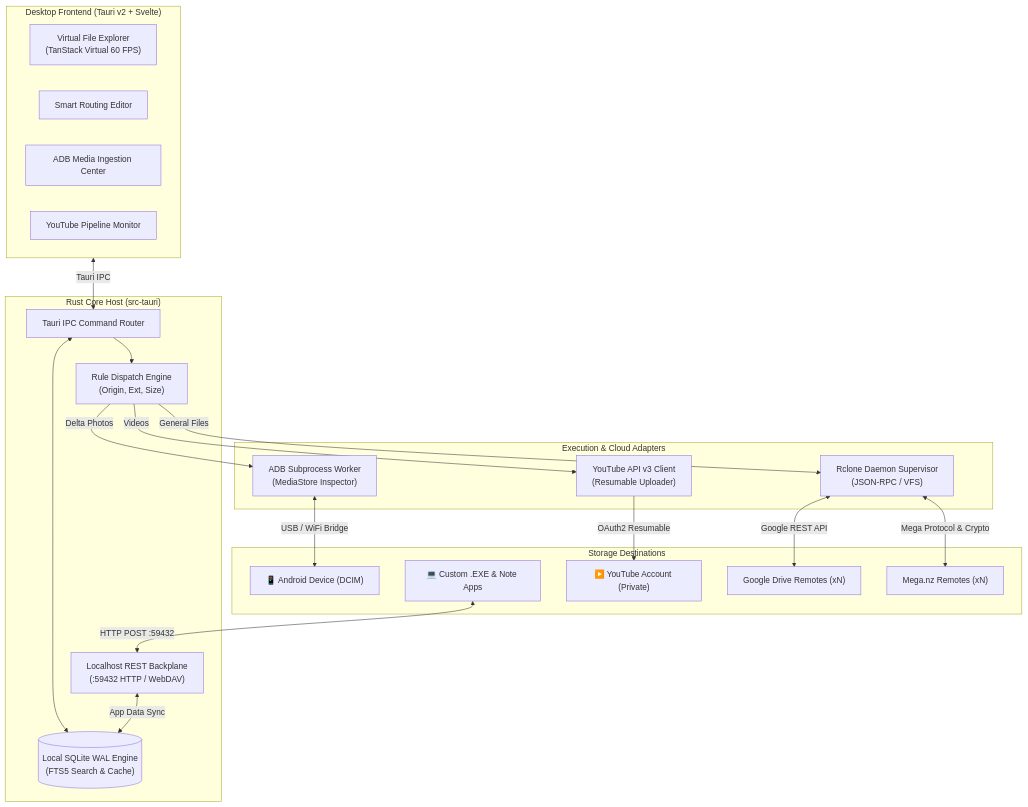
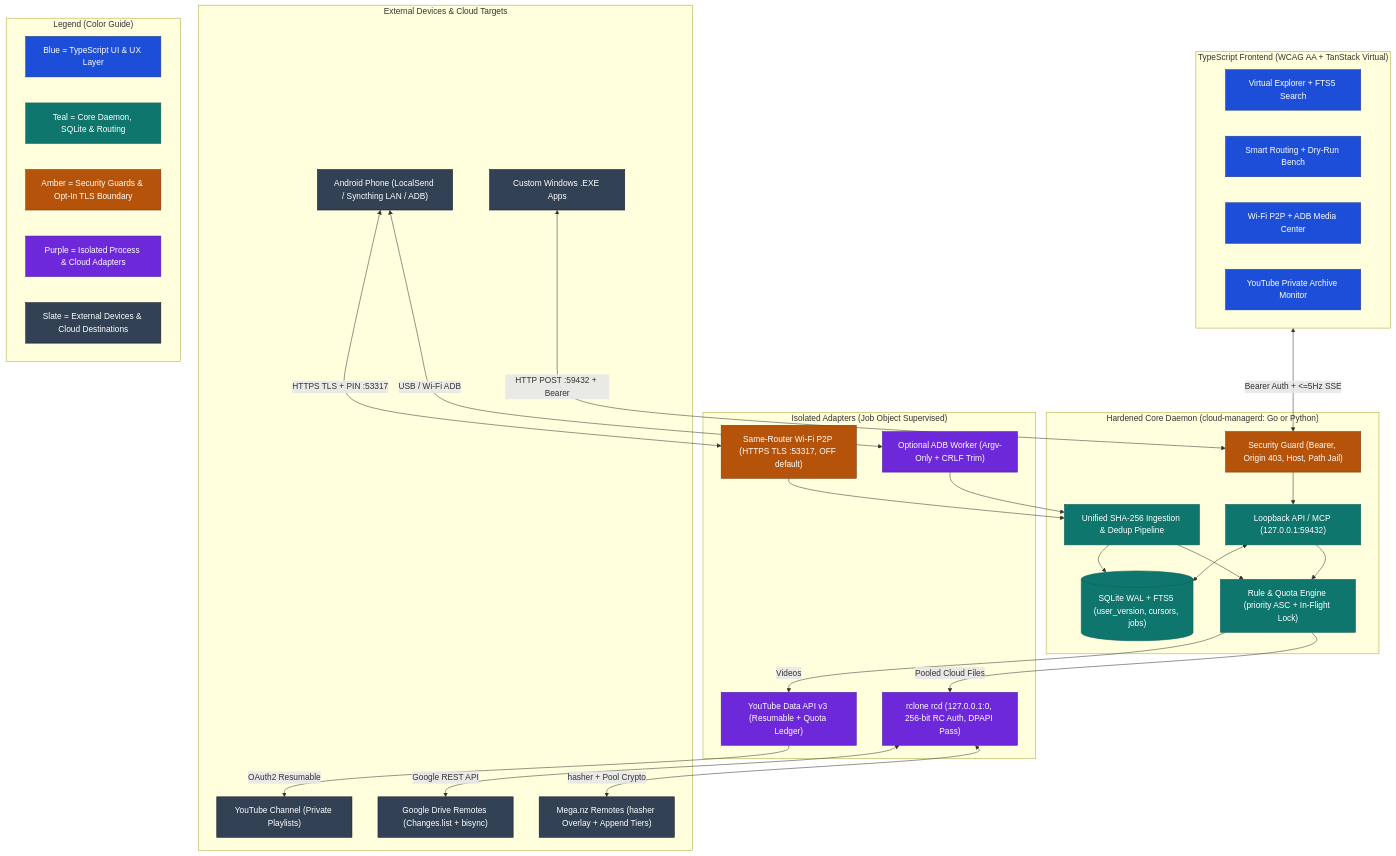
One commit to Mostakim2005/cloud-manager changed the first of 3 diagrams in docs/ARCHITECTURE.md. Above: the diagram before and after it, drawn with Mermaid. The commit also changed other lines of this file and 6 other files, not shown here.

Commit message:
docs: harden blueprint security, add Wi-Fi+ADB sync, drop Rust/relics

````diff
--- a/docs/ARCHITECTURE.md
+++ b/docs/ARCHITECTURE.md
@@ -6,45 +6,65 @@
 ```mermaid
 flowchart TB
-    subgraph UI["Desktop Frontend (Tauri v2 + Svelte)"]
-        EXP["Virtual File Explorer\n(TanStack Virtual 60 FPS)"]
-        RULES_UI["Smart Routing Editor"]
-        PHONE_UI["ADB Media Ingestion Center"]
-        YT_UI["YouTube Pipeline Monitor"]
+    classDef uiNode fill:#1d4ed8,stroke:#1e3a8a,color:#ffffff
+    classDef coreNode fill:#0f766e,stroke:#115e59,color:#ffffff
+    classDef secNode fill:#b45309,stroke:#78350f,color:#ffffff
+    classDef adapterNode fill:#6d28d9,stroke:#4c1d95,color:#ffffff
+    classDef targetNode fill:#334155,stroke:#0f172a,color:#ffffff
+
+    subgraph UI["TypeScript Frontend (WCAG AA + TanStack Virtual)"]
+        EXP["Virtual Explorer + FTS5 Search"]:::uiNode
+        RULES_UI["Smart Routing + Dry-Run Bench"]:::uiNode
+        MEDIA_UI["Wi-Fi P2P + ADB Media Center"]:::uiNode
+        YT_UI["YouTube Private Archive Monitor"]:::uiNode
     end
 
-    subgraph Core["Rust Core Host (src-tauri)"]
-        IPC["Tauri IPC Command Router"]
-        SQL[("Local SQLite WAL Engine\n(FTS5 Search & Cache)")]
-        RULE_ENG["Rule Dispatch Engine\n(Origin, Ext, Size)"]
-        BACKPLANE["Localhost REST Backplane\n(:59432 HTTP / WebDAV)"]
+    subgraph Core["Hardened Core Daemon (cloud-managerd: Go or Python)"]
+        AUTH["Security Guard (Bearer, Origin 403, Host, Path Jail)"]:::secNode
+        BACKPLANE["Loopback API / MCP (127.0.0.1:59432)"]:::coreNode
+        SQL[("SQLite WAL + FTS5 (user_version, cursors, jobs)")]:::coreNode
+        RULE_ENG["Rule & Quota Engine (priority ASC + In-Flight Lock)"]:::coreNode
+        INGEST["Unified SHA-256 Ingestion & Dedup Pipeline"]:::coreNode
     end
 
-    subgraph Adapters["Execution & Cloud Adapters"]
-        ADB["ADB Subprocess Worker\n(MediaStore Inspector)"]
-        YT_CLIENT["YouTube API v3 Client\n(Resumable Uploader)"]
-        RCLONE["Rclone Daemon Supervisor\n(JSON-RPC / VFS)"]
+    subgraph Adapters["Isolated Adapters (Job Object Supervised)"]
+        LAN_P2P["Same-Router Wi-Fi P2P (HTTPS TLS :53317, OFF default)"]:::secNode
+        ADB["Optional ADB Worker (Argv-Only + CRLF Trim)"]:::adapterNode
+        YT_CLIENT["YouTube Data API v3 (Resumable + Quota Ledger)"]:::adapterNode
+        RCLONE["rclone rcd (127.0.0.1:0, 256-bit RC Auth, DPAPI Pass)"]:::adapterNode
     end
 
-    subgraph Targets["Storage Destinations"]
-        PHONE["📱 Android Device (DCIM)"]
-        EXE_CLIENTS["💻 Custom .EXE & Note Apps"]
-        YT_CLOUD["▶️ YouTube Account (Private)"]
-        GDRA["Google Drive Remotes (xN)"]
-        MEGAA["Mega.nz Remotes (xN)"]
+    subgraph Targets["External Devices & Cloud Targets"]
+        PHONE["Android Phone (LocalSend / Syncthing LAN / ADB)"]:::targetNode
+        EXE_CLIENTS["Custom Windows .EXE Apps"]:::targetNode
+        YT_CLOUD["YouTube Channel (Private Playlists)"]:::targetNode
+        GDRIVE["Google Drive Remotes (Changes.list + bisync)"]:::targetNode
+        MEGA["Mega.nz Remotes (hasher Overlay + Append Tiers)"]:::targetNode
     end
 
-    UI <-->|Tauri IPC| IPC
-    IPC <--> SQL
-    IPC --> RULE_ENG
-    BACKPLANE <-->|App Data Sync| SQL
-    EXE_CLIENTS <-->|HTTP POST :59432| BACKPLANE
+    UI <-->|Bearer Auth + <=5Hz SSE| AUTH
+    EXE_CLIENTS <-->|HTTP POST :59432 + Bearer| AUTH
+    AUTH --> BACKPLANE
+    BACKPLANE <--> SQL
+    BACKPLANE --> RULE_ENG
 
-    RULE_ENG -->|Delta Photos| ADB
+    PHONE <-->|HTTPS TLS + PIN :53317| LAN_P2P
+    PHONE <-->|USB / Wi-Fi ADB| ADB
+    LAN_P2P --> INGEST
+    ADB --> INGEST
+    INGEST --> SQL
+    INGEST --> RULE_ENG
+
     RULE_ENG -->|Videos| YT_CLIENT
-    RULE_ENG -->|General Files| RCLONE
+    RULE_ENG -->|Pooled Cloud Files| RCLONE
+    YT_CLIENT -->|OAuth2 Resumable| YT_CLOUD
+    RCLONE <-->|Google REST API| GDRIVE
+    RCLONE <-->|hasher + Pool Crypto| MEGA
 
-    ADB <-->|USB / WiFi Bridge| PHONE
-    YT_CLIENT -->|OAuth2 Resumable| YT_CLOUD
-    RCLONE <-->|Google REST API| GDRA
-    RCLONE <-->|Mega Protocol & Crypto| MEGAA
+    subgraph Legend["Legend (Color Guide)"]
+        L1["Blue = TypeScript UI & UX Layer"]:::uiNode
+        L2["Teal = Core Daemon, SQLite & Routing"]:::coreNode
+        L3["Amber = Security Guards & Opt-In TLS Boundary"]:::secNode
+        L4["Purple = Isolated Process & Cloud Adapters"]:::adapterNode
+        L5["Slate = External Devices & Cloud Destinations"]:::targetNode
+    end
 ```
````
